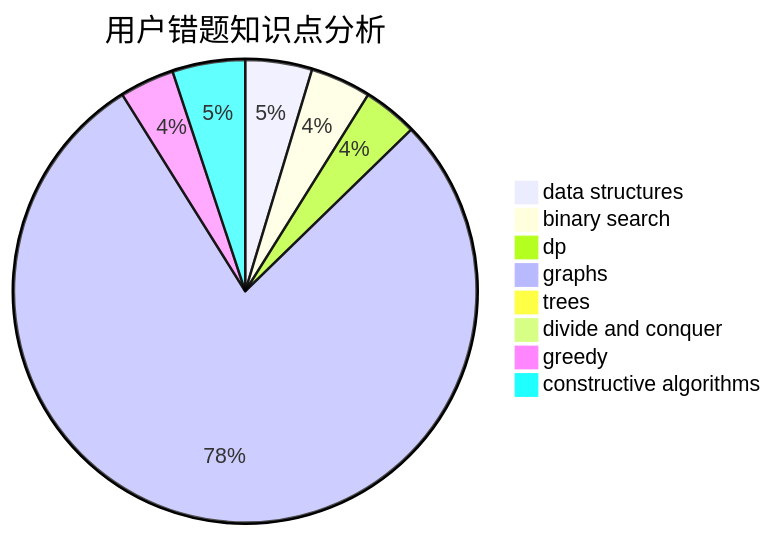
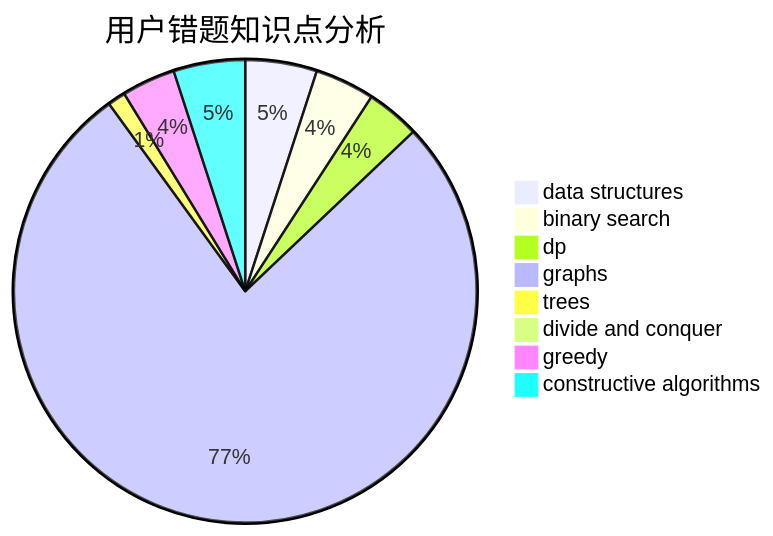
The third of 3 diagrams in docs/user/u1934.md (sherpahu/cfrs.github.io), drawn with Mermaid before and after one commit. The commit also changed other lines of this file and 2770 other files, not shown here.

````diff
--- a/docs/user/u1934.md
+++ b/docs/user/u1934.md
@@ -36,11 +36,11 @@
 ```mermaid
 pie title 用户错题知识点分析
-    "data structures" :  11
+    "data structures" :  12
     "binary search" :  10
     "dp" :  9
     "graphs" :  185
-    "trees" :  2
+    "trees" :  3
     "divide and conquer" :  0
     "greedy" :  9
     "constructive algorithms" :  12
 ```
````
